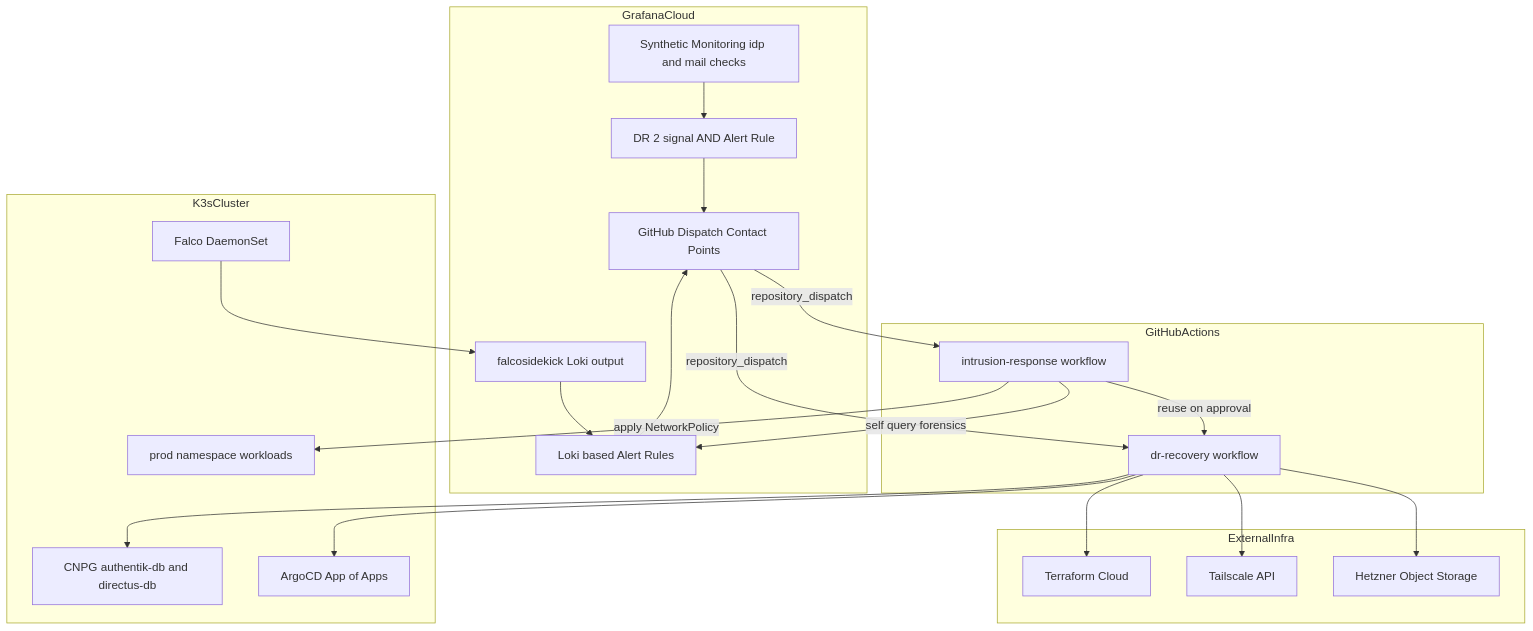
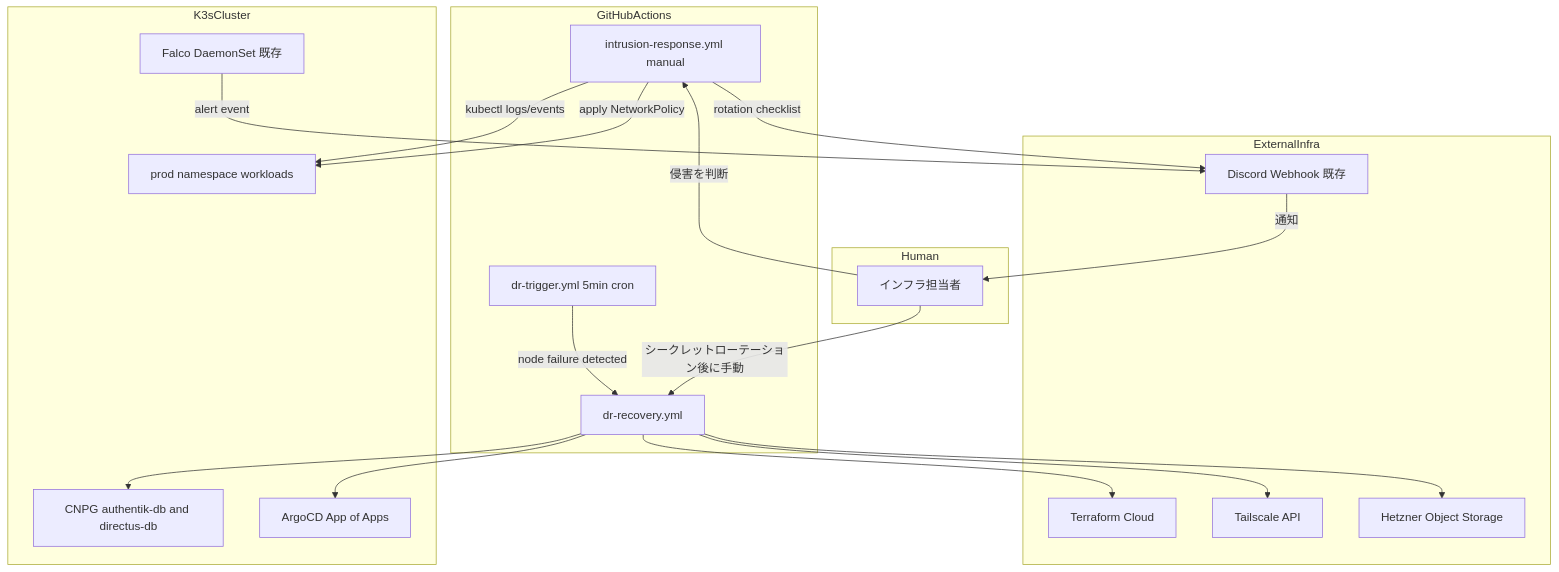
Before and after one commit to aramakisai/aramakisai-infra: the first of 4 diagrams in .kiro/specs/dr-automation/design.md, drawn with Mermaid. The commit also changed other lines of this file and 3 other files, not shown here.

````diff
--- a/.kiro/specs/dr-automation/design.md
+++ b/.kiro/specs/dr-automation/design.md
@@ -62,43 +72,41 @@
 ```mermaid
 graph TB
-    subgraph GrafanaCloud
-        SynMon[Synthetic Monitoring idp and mail checks]
-        DrAlertRule[DR 2 signal AND Alert Rule]
-        Falcosidekick[falcosidekick Loki output]
-        LokiAlertRules[Loki based Alert Rules]
-        ContactPoints[GitHub Dispatch Contact Points]
-    end
-
     subgraph GitHubActions
-        DrWorkflow[dr-recovery workflow]
-        IrWorkflow[intrusion-response workflow]
+        DrTrigger[dr-trigger.yml 5min cron]
+        DrWorkflow[dr-recovery.yml]
+        IrWorkflow[intrusion-response.yml manual]
     end
 
     subgraph K3sCluster
-        FalcoDaemonset[Falco DaemonSet]
+        FalcoDaemonset[Falco DaemonSet 既存]
         WorkloadPods[prod namespace workloads]
         CnpgClusters[CNPG authentik-db and directus-db]
         ArgoCDApp[ArgoCD App of Apps]
     end
 
     subgraph ExternalInfra
         TerraformCloud[Terraform Cloud]
         TailscaleAPI[Tailscale API]
         HetznerOS[Hetzner Object Storage]
+        Discord[Discord Webhook 既存]
     end
 
-    SynMon --> DrAlertRule --> ContactPoints
-    FalcoDaemonset --> Falcosidekick --> LokiAlertRules --> ContactPoints
-    ContactPoints -->|repository_dispatch| DrWorkflow
-    ContactPoints -->|repository_dispatch| IrWorkflow
+    subgraph Human
+        Operator[インフラ担当者]
+    end
 
+    DrTrigger -->|node failure detected| DrWorkflow
     DrWorkflow --> TerraformCloud
     DrWorkflow --> TailscaleAPI
     DrWorkflow --> ArgoCDApp
     DrWorkflow --> CnpgClusters
     DrWorkflow --> HetznerOS
 
-    IrWorkflow -->|self query forensics| LokiAlertRules
+    FalcoDaemonset -->|alert event| Discord
+    Discord -->|通知| Operator
+    Operator -->|侵害を判断| IrWorkflow
+    IrWorkflow -->|kubectl logs/events| WorkloadPods
     IrWorkflow -->|apply NetworkPolicy| WorkloadPods
-    IrWorkflow -->|reuse on approval| DrWorkflow
+    IrWorkflow -->|rotation checklist| Discord
+    Operator -->|シークレットローテーション後に手動| DrWorkflow
 ```
````
